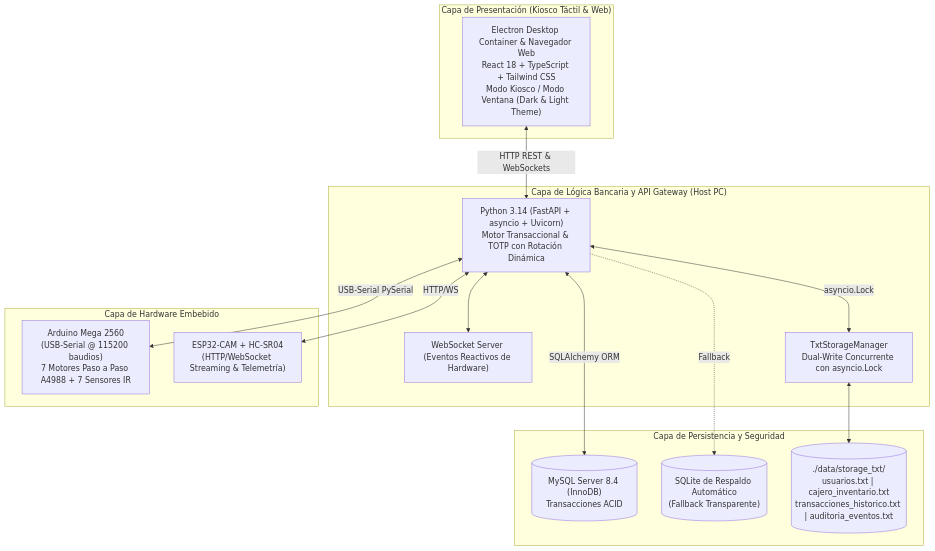
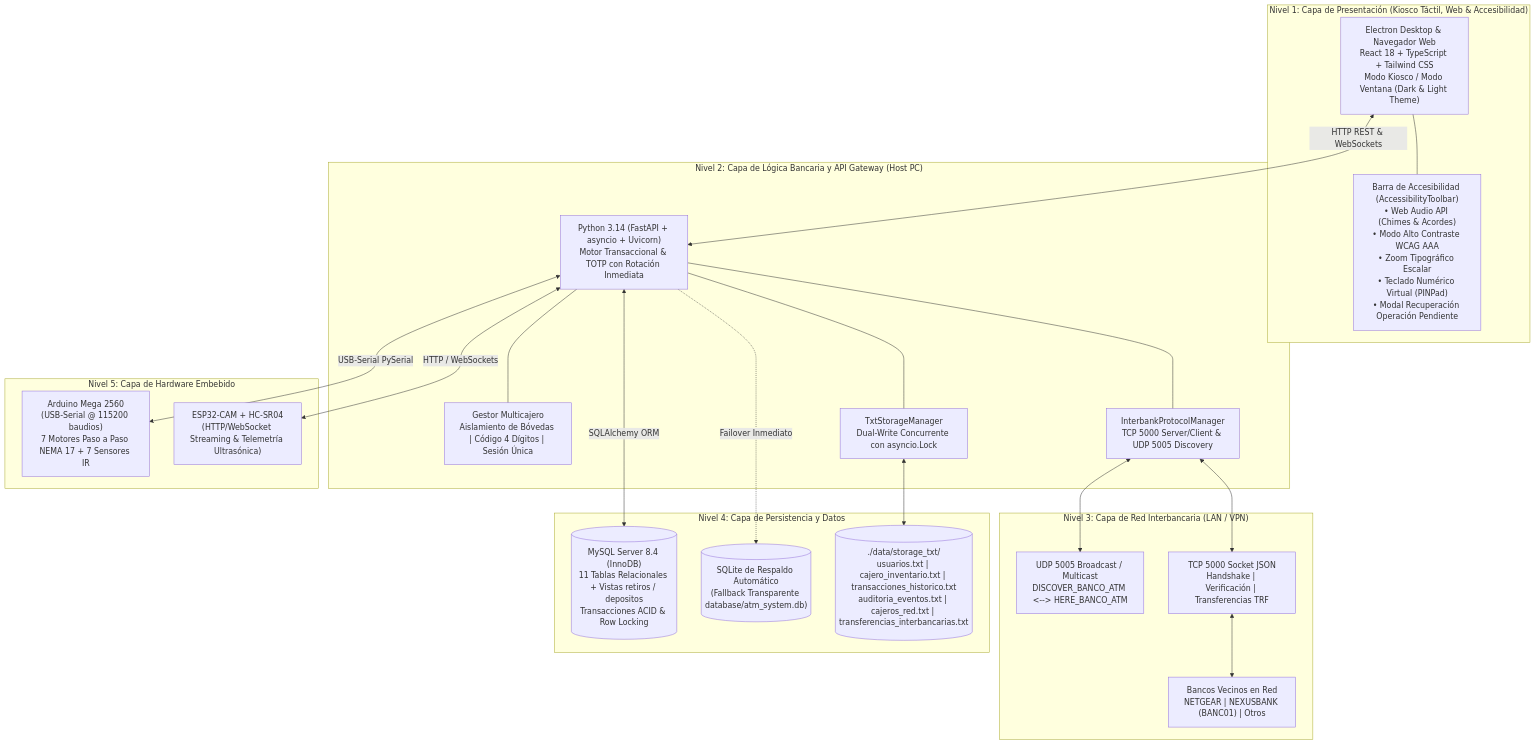
Before and after one commit to JotaProgra4119r/Sistema-De-Cajero: the first of 2 diagrams in docs/MANUAL_TECNICO.md, drawn with Mermaid. The commit also changed other lines of this file and 4 other files, not shown here.

Commit message:
docs: actualizar documentacion a v2.2.0 con red multicajero, protocolo TCP/UDP y accesibilidad integral

````diff
--- a/docs/MANUAL_TECNICO.md
+++ b/docs/MANUAL_TECNICO.md
@@ -26,32 +23,45 @@
 ```mermaid
 graph TD
-    subgraph "Capa de Presentación (Kiosco Táctil & Web)"
-        UI["Electron Desktop Container & Navegador Web\nReact 18 + TypeScript + Tailwind CSS\nModo Kiosco / Modo Ventana (Dark & Light Theme)"]
+    subgraph "Nivel 1: Capa de Presentación (Kiosco Táctil, Web & Accesibilidad)"
+        UI["Electron Desktop & Navegador Web\nReact 18 + TypeScript + Tailwind CSS\nModo Kiosco / Modo Ventana (Dark & Light Theme)"]
+        A11y["Barra de Accesibilidad (AccessibilityToolbar)\n• Web Audio API (Chimes & Acordes)\n• Modo Alto Contraste WCAG AAA\n• Zoom Tipográfico Escalar\n• Teclado Numérico Virtual (PINPad)\n• Modal Recuperación Operación Pendiente"]
+        UI --- A11y
     end
 
-    subgraph "Capa de Lógica Bancaria y API Gateway (Host PC)"
-        FastAPI["Python 3.14 (FastAPI + asyncio + Uvicorn)\nMotor Transaccional & TOTP con Rotación Dinámica"]
-        WS["WebSocket Server (Eventos Reactivos de Hardware)"]
+    subgraph "Nivel 2: Capa de Lógica Bancaria y API Gateway (Host PC)"
+        FastAPI["Python 3.14 (FastAPI + asyncio + Uvicorn)\nMotor Transaccional & TOTP con Rotación Inmediata"]
+        MultiATM["Gestor Multicajero\nAislamiento de Bóvedas | Código 4 Dígitos | Sesión Única"]
+        InterbankMgr["InterbankProtocolManager\nTCP 5000 Server/Client & UDP 5005 Discovery"]
         TxtManager["TxtStorageManager\nDual-Write Concurrente con asyncio.Lock"]
+        FastAPI --- MultiATM
+        FastAPI --- InterbankMgr
+        FastAPI --- TxtManager
     end
 
-    subgraph "Capa de Persistencia y Seguridad"
-        MySQL[("MySQL Server 8.4 (InnoDB)\nTransacciones ACID")]
-        SQLite[("SQLite de Respaldo Automático\n(Fallback Transparente)")]
-        TxtFiles[("./data/storage_txt/\nusuarios.txt | cajero_inventario.txt\ntransacciones_historico.txt | auditoria_eventos.txt")]
+    subgraph "Nivel 3: Capa de Red Interbancaria (LAN / VPN)"
+        UDP5005["UDP 5005 Broadcast / Multicast\nDISCOVER_BANCO_ATM <--> HERE_BANCO_ATM"]
+        TCP5000["TCP 5000 Socket JSON\nHandshake | Verificación | Transferencias TRF"]
+        BancosVecinos["Bancos Vecinos en Red\nNETGEAR | NEXUSBANK (BANC01) | Otros"]
+        InterbankMgr <--> UDP5005
+        InterbankMgr <--> TCP5000
+        TCP5000 <--> BancosVecinos
     end
 
-    subgraph "Capa de Hardware Embebido"
-        Arduino["Arduino Mega 2560\n(USB-Serial @ 115200 baudios)\n7 Motores Paso a Paso A4988 + 7 Sensores IR"]
-        ESP32["ESP32-CAM + HC-SR04\n(HTTP/WebSocket Streaming & Telemetría)"]
+    subgraph "Nivel 4: Capa de Persistencia y Datos"
+        MySQL[("MySQL Server 8.4 (InnoDB)\n11 Tablas Relacionales + Vistas retiros / depositos\nTransacciones ACID & Row Locking")]
+        SQLite[("SQLite de Respaldo Automático\n(Fallback Transparente database/atm_system.db)")]
+        TxtFiles[("./data/storage_txt/\nusuarios.txt | cajero_inventario.txt | transacciones_historico.txt\nauditoria_eventos.txt | cajeros_red.txt | transferencias_interbancarias.txt")]
+        FastAPI <-->|SQLAlchemy ORM| MySQL
+        FastAPI -.->|Failover Inmediato| SQLite
+        TxtManager <--> TxtFiles
+    end
+
+    subgraph "Nivel 5: Capa de Hardware Embebido"
+        Arduino["Arduino Mega 2560\n(USB-Serial @ 115200 baudios)\n7 Motores Paso a Paso NEMA 17 + 7 Sensores IR"]
+        ESP32["ESP32-CAM + HC-SR04\n(HTTP/WebSocket Streaming & Telemetría Ultrasónica)"]
+        FastAPI <-->|USB-Serial PySerial| Arduino
+        FastAPI <-->|HTTP / WebSockets| ESP32
     end
 
     UI <-->|HTTP REST & WebSockets| FastAPI
-    FastAPI <--> WS
-    FastAPI <-->|SQLAlchemy ORM| MySQL
-    FastAPI -.->|Fallback| SQLite
-    FastAPI <-->|asyncio.Lock| TxtManager
-    TxtManager <--> TxtFiles
-    FastAPI <-->|USB-Serial PySerial| Arduino
-    FastAPI <-->|HTTP/WS| ESP32
 ```
````
